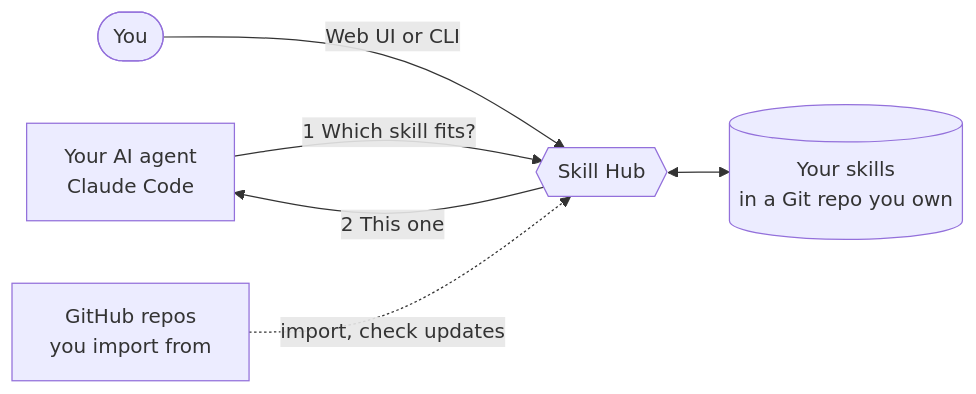
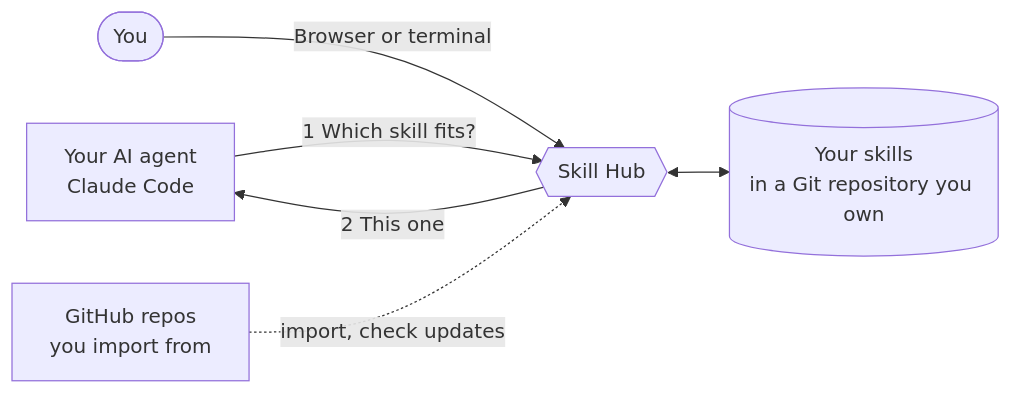
One commit to vantt/mcp-skill-hub changed the diagram in README.md. Above: the diagram before and after it, drawn with Mermaid. The commit also changed other lines of this file, not shown here.

````diff
--- a/README.md
+++ b/README.md
@@ -32,14 +31,14 @@
 ```mermaid
 flowchart LR
     agent["Your AI agent<br/>Claude Code"]
     hub{{"Skill Hub"}}
-    repo[("Your skills<br/>in a Git repo you own")]
+    repo[("Your skills<br/>in a Git repository you own")]
     you(["You"])
     gh["GitHub repos<br/>you import from"]
 
     agent -- "1 Which skill fits?" --> hub
     hub -- "2 This one" --> agent
     hub <--> repo
-    you -- "Web UI or CLI" --> hub
+    you -- "Browser or terminal" --> hub
     gh -. "import, check updates" .-> hub
 ```
````
